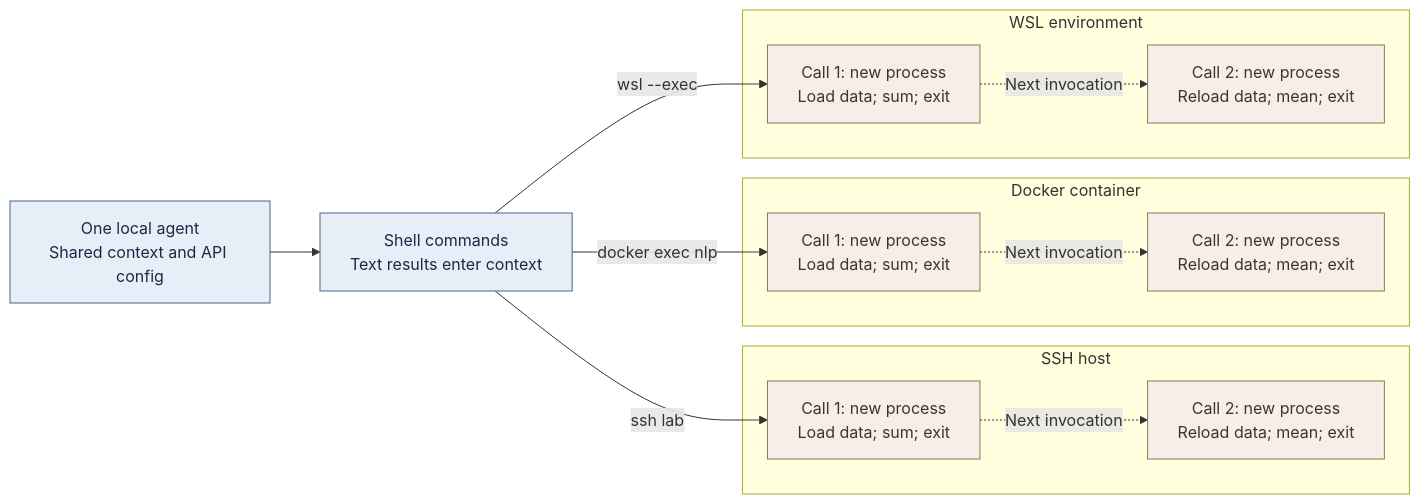
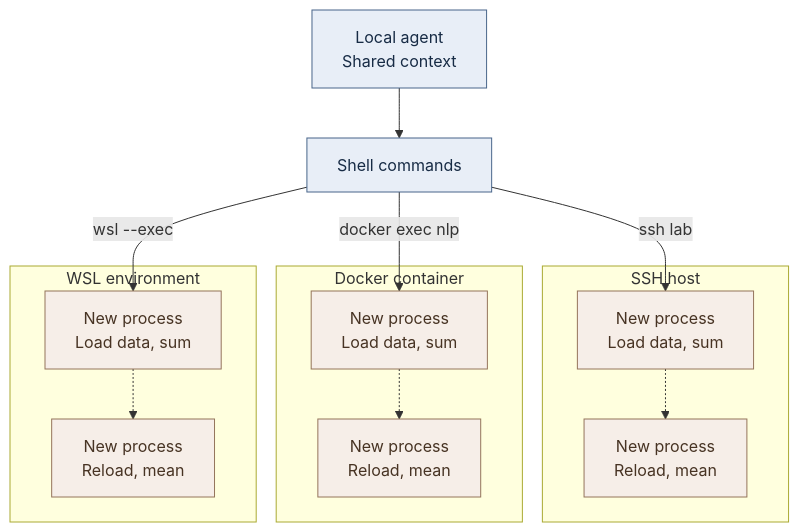
Before and after one commit to jay-waves/no-harness: the diagram in direct-execution.mmd, drawn with Mermaid. The commit also changed 17 other files, not shown here.

```diff
--- a/direct-execution.mmd
+++ b/direct-execution.mmd
@@ -1,18 +1,18 @@
-flowchart LR
-    A["One local agent<br/>Shared context and API config"] --> B["Shell commands<br/>Text results enter context"]
+flowchart TD
+    A["Local agent<br/>Shared context"] --> B["Shell commands"]
     subgraph SSH[SSH host]
-        S1["Call 1: new process<br/>Load data; sum; exit"] -. Next invocation .-> S2["Call 2: new process<br/>Reload data; mean; exit"]
+        S1["New process<br/>Load data, sum"] -.-> S2["New process<br/>Reload, mean"]
     end
     subgraph Docker[Docker container]
-        D1["Call 1: new process<br/>Load data; sum; exit"] -. Next invocation .-> D2["Call 2: new process<br/>Reload data; mean; exit"]
+        D1["New process<br/>Load data, sum"] -.-> D2["New process<br/>Reload, mean"]
     end
     subgraph WSL[WSL environment]
-        W1["Call 1: new process<br/>Load data; sum; exit"] -. Next invocation .-> W2["Call 2: new process<br/>Reload data; mean; exit"]
+        W1["New process<br/>Load data, sum"] -.-> W2["New process<br/>Reload, mean"]
     end
     B -->|ssh lab| S1
     B -->|docker exec nlp| D1
     B -->|wsl --exec| W1
     classDef local fill:#e8eef7,stroke:#49658a,color:#172b45
     classDef process fill:#f6eee8,stroke:#94745b,color:#473323
     class A,B local
     class S1,S2,D1,D2,W1,W2 process
```
